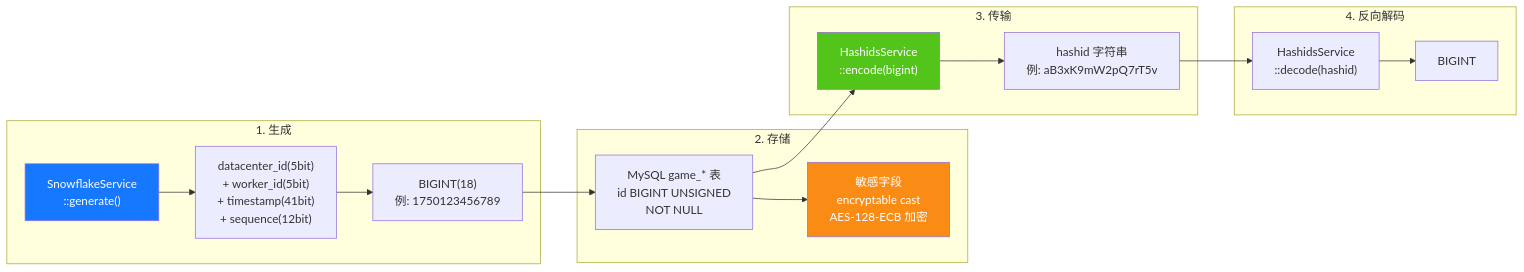
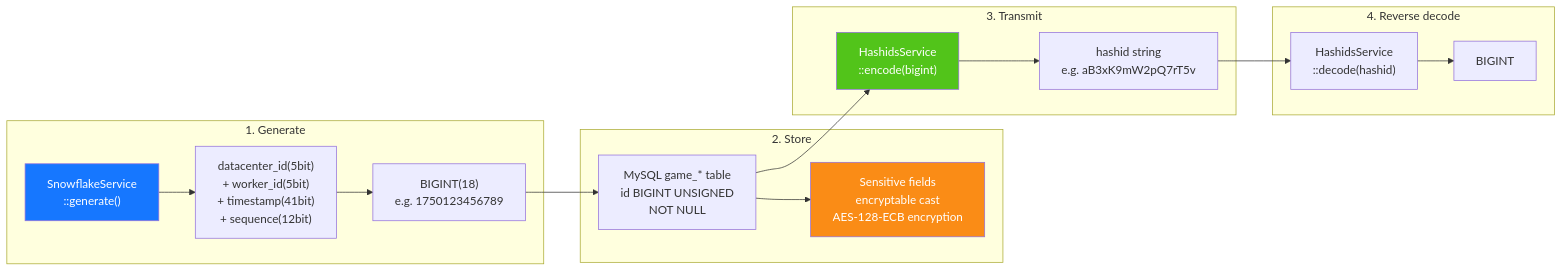
One commit to erikwang2013/game-platform-php changed the seventh of 14 diagrams in admin/docs/ARCHITECTURE.en.md. Above: the diagram before and after it, drawn with Mermaid. The commit also changed other lines of this file and 211 other files, not shown here.

First line of the commit message:
fix: 支付配置读回类型根治、提现事件对账巡检，12 语族 mermaid 与 API 标签本地化

````diff
--- a/admin/docs/ARCHITECTURE.en.md
+++ b/admin/docs/ARCHITECTURE.en.md
@@ -359,33 +359,33 @@
 ```mermaid
 flowchart LR
-    subgraph "1. 生成"
+    subgraph "1. Generate"
         G1["SnowflakeService<br/>::generate()"]
         G2["datacenter_id(5bit)<br/>+ worker_id(5bit)<br/>+ timestamp(41bit)<br/>+ sequence(12bit)"]
-        G3["BIGINT(18)<br/>例: 1750123456789"]
+        G3["BIGINT(18)<br/>e.g. 1750123456789"]
         G1 --> G2 --> G3
     end
 
-    subgraph "2. 存储"
-        S1["MySQL game_* 表<br/>id BIGINT UNSIGNED<br/>NOT NULL"]
-        S2["敏感字段<br/>encryptable cast<br/>AES-128-ECB 加密"]
+    subgraph "2. Store"
+        S1["MySQL game_* table<br/>id BIGINT UNSIGNED<br/>NOT NULL"]
+        S2["Sensitive fields<br/>encryptable cast<br/>AES-128-ECB encryption"]
         G3 --> S1
         S1 --> S2
     end
 
-    subgraph "3. 传输"
+    subgraph "3. Transmit"
         T1["HashidsService<br/>::encode(bigint)"]
-        T2["hashid 字符串<br/>例: aB3xK9mW2pQ7rT5v"]
+        T2["hashid string<br/>e.g. aB3xK9mW2pQ7rT5v"]
         S1 --> T1
         T1 --> T2
     end
 
-    subgraph "4. 反向解码"
+    subgraph "4. Reverse decode"
         R1["HashidsService<br/>::decode(hashid)"]
         R2["BIGINT"]
         T2 --> R1 --> R2
     end
 
     style G1 fill:#1677FF,color:#fff
     style T1 fill:#52C41A,color:#fff
     style S2 fill:#FA8C16,color:#fff
 ```
````
